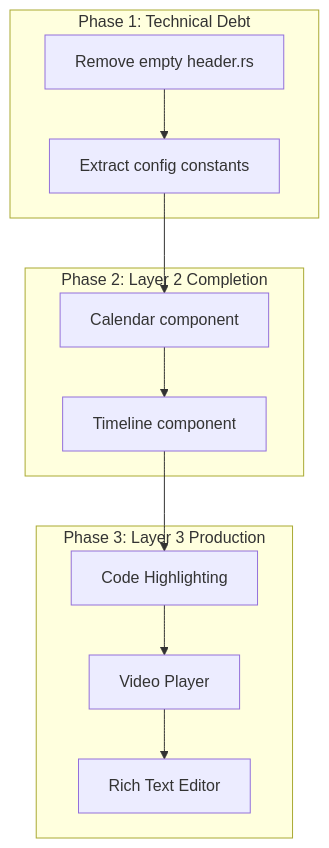
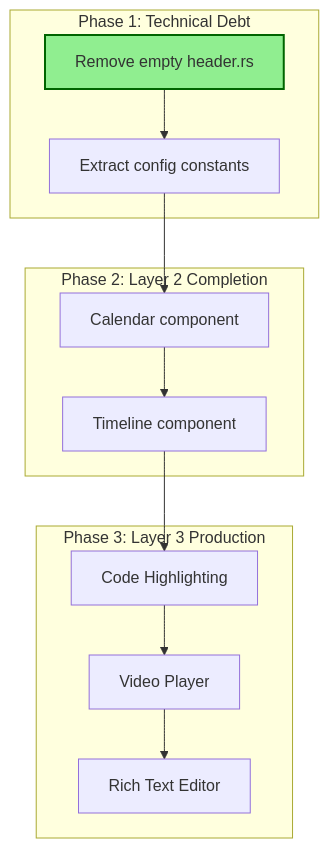
Before and after one commit to celestia-island/hikari: the diagram in plan.md, drawn with Mermaid. The commit also changed other lines of this file, not shown here.

Commit message:
📋 Update plan.md: mark header.rs removal as complete
- Update Phase 1.1 table to show header.rs as completed
- Add completion styling to mermaid diagram

````diff
--- a/plan.md
+++ b/plan.md
@@ -111,20 +111,28 @@
 ```mermaid
 flowchart TD
     subgraph Phase1["Phase 1: Technical Debt"]
         A1[Remove empty header.rs]
         A2[Extract config constants]
     end
 
     subgraph Phase2["Phase 2: Layer 2 Completion"]
         B1[Calendar component]
         B2[Timeline component]
     end
 
     subgraph Phase3["Phase 3: Layer 3 Production"]
         C1[Code Highlighting]
         C2[Video Player]
         C3[Rich Text Editor]
     end
 
-    A1 --> A2 --> B1 --> B2 --> C1 --> C2 --> C3
+    A1 --> A2
+    A2 --> B1
+    B1 --> B2
+    B2 --> C1
+    C1 --> C2
+    C2 --> C3
+
+    classDef done fill:#90EE90,stroke:#006400,stroke-width:2px
+    class A1 done
 ```
````
